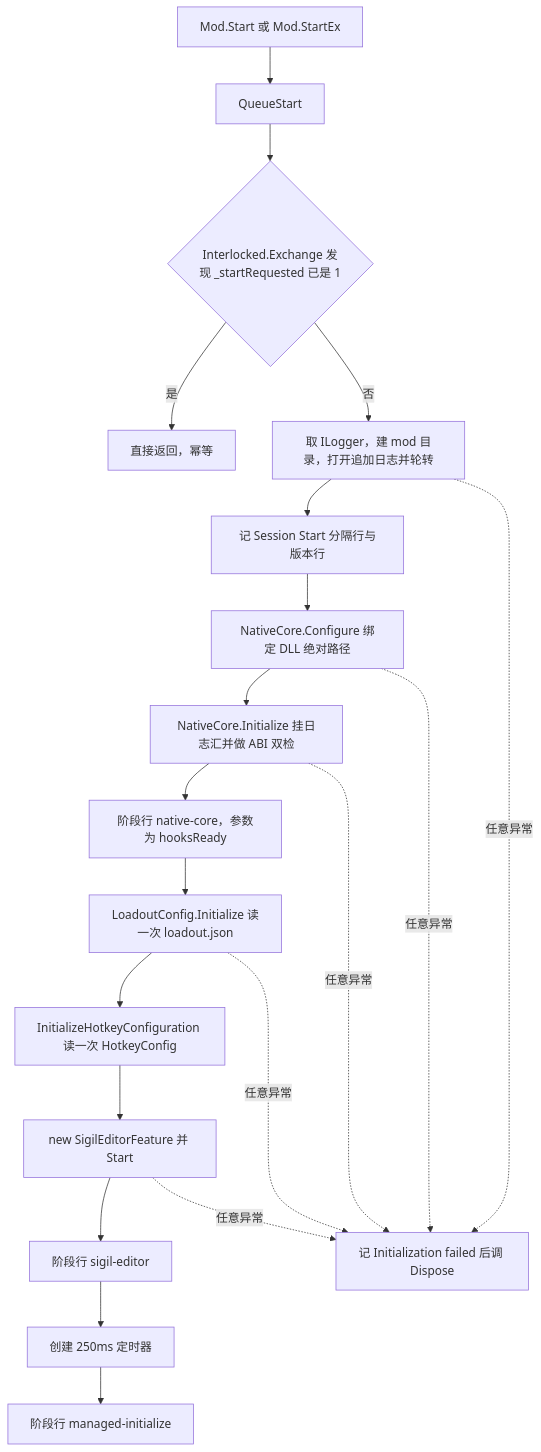
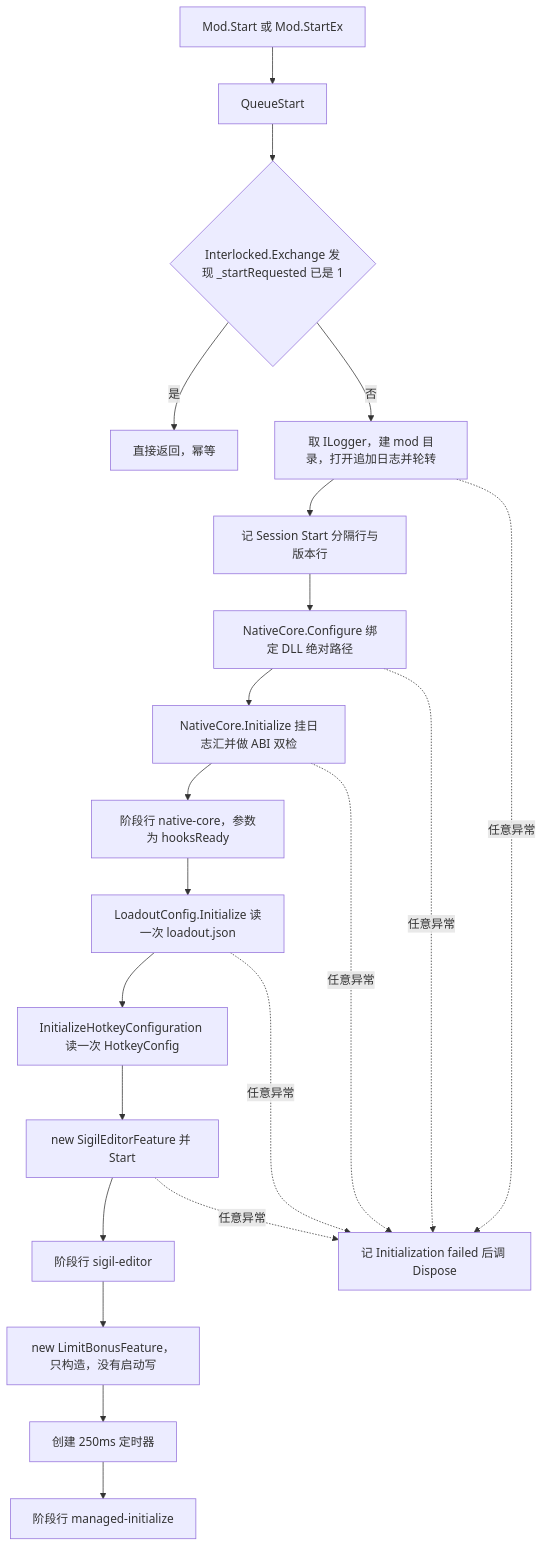
Before and after one commit to baagod/GBFR-Sigil-Loadout: the second of 6 diagrams in openwiki/architecture/managed-mod.md, drawn with Mermaid. The commit also changed other lines of this file and 52 other files, not shown here.

````diff
--- a/openwiki/architecture/managed-mod.md
+++ b/openwiki/architecture/managed-mod.md
@@ -119,22 +130,23 @@
 ```mermaid
 flowchart TD
     A["Mod.Start 或 Mod.StartEx"] --> B["QueueStart"]
     B --> C{"Interlocked.Exchange 发现 _startRequested 已是 1"}
     C -- "是" --> Z["直接返回，幂等"]
     C -- "否" --> D["取 ILogger，建 mod 目录，打开追加日志并轮转"]
     D --> E["记 Session Start 分隔行与版本行"]
     E --> F["NativeCore.Configure 绑定 DLL 绝对路径"]
     F --> G["NativeCore.Initialize 挂日志汇并做 ABI 双检"]
     G --> H["阶段行 native-core，参数为 hooksReady"]
     H --> I["LoadoutConfig.Initialize 读一次 loadout.json"]
     I --> J["InitializeHotkeyConfiguration 读一次 HotkeyConfig"]
     J --> K["new SigilEditorFeature 并 Start"]
     K --> L["阶段行 sigil-editor"]
-    L --> M["创建 250ms 定时器"]
-    M --> N["阶段行 managed-initialize"]
+    L --> M["new LimitBonusFeature，只构造，没有启动写"]
+    M --> N["创建 250ms 定时器"]
+    N --> O["阶段行 managed-initialize"]
     D -.->|"任意异常"| X["记 Initialization failed 后调 Dispose"]
     F -.->|"任意异常"| X
     G -.->|"任意异常"| X
     I -.->|"任意异常"| X
     K -.->|"任意异常"| X
 ```
````
